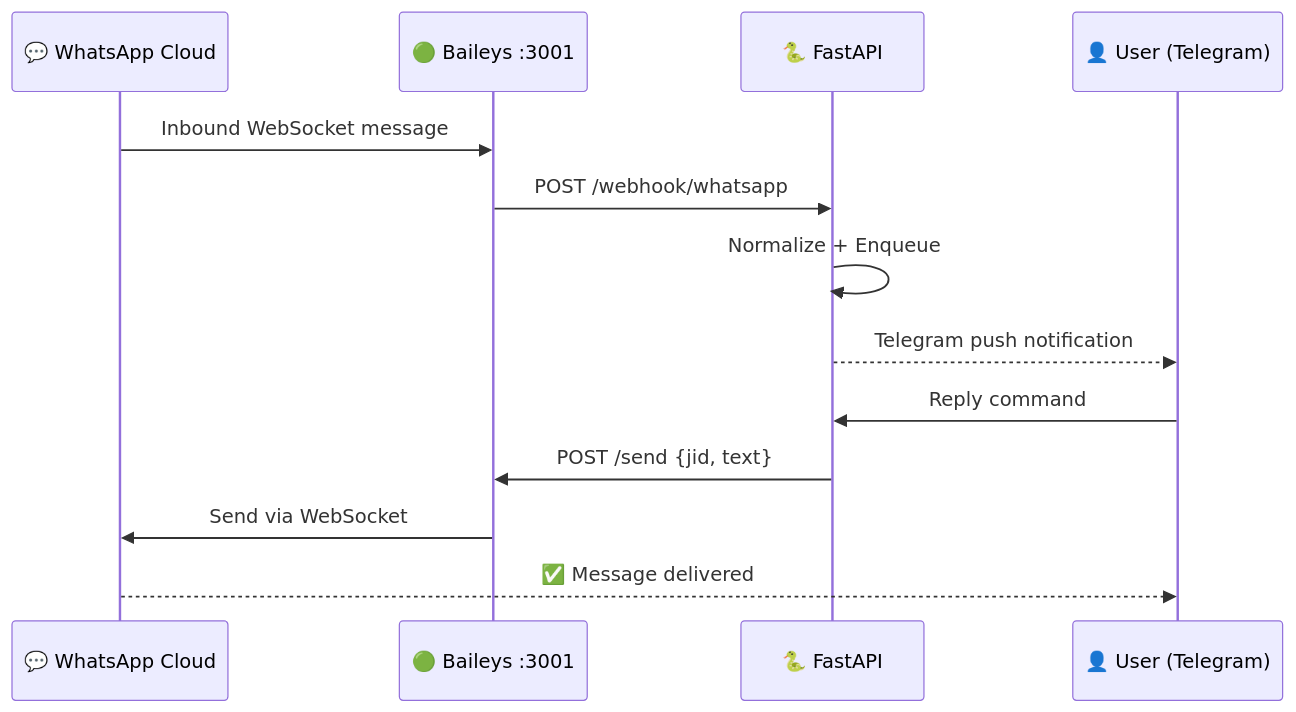
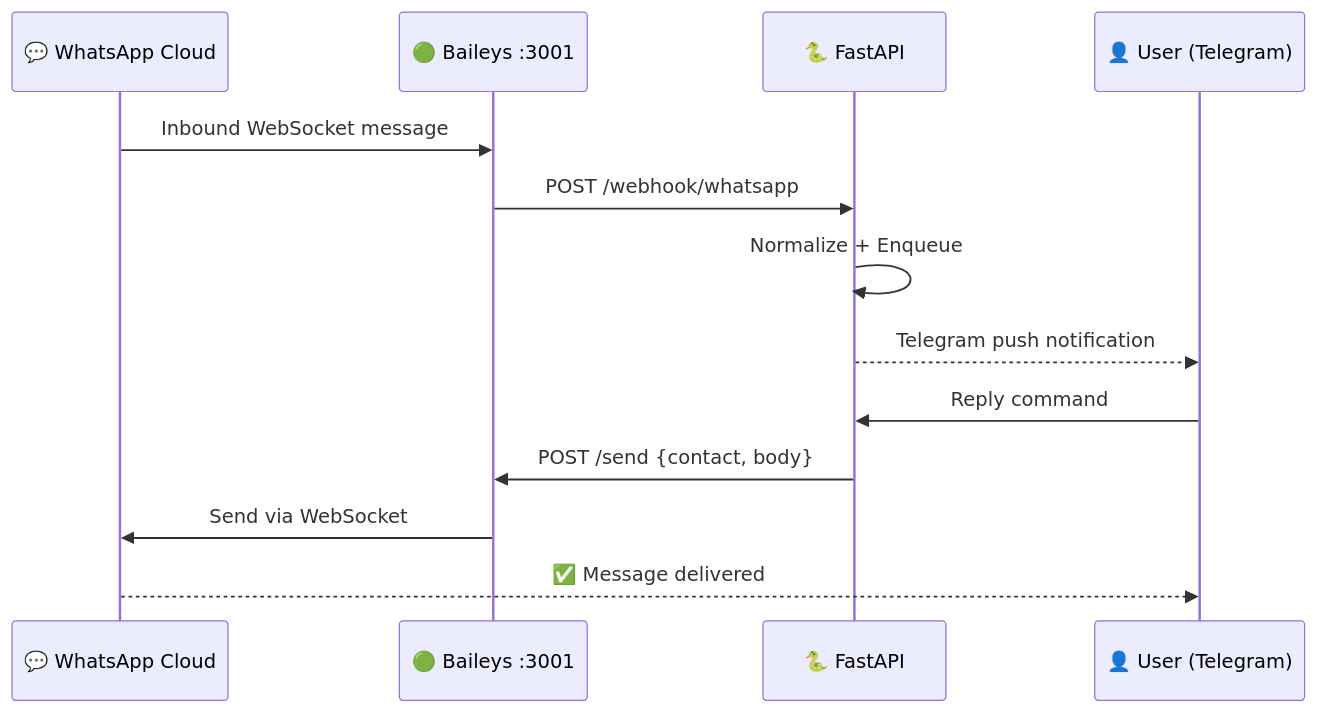
One commit to aanandmodi/ARIA changed the fifth of 22 diagrams in README.md. Above: the diagram before and after it, drawn with Mermaid. The commit also changed other lines of this file, not shown here.

Commit message:
docs: surgically integrated visual NLU, WhatsApp companion device JID heuristics, GitHub watcher pipelines, and production gotchas while fully retaining original files

````diff
--- a/README.md
+++ b/README.md
@@ -359,17 +321,17 @@
 ```mermaid
 sequenceDiagram
     participant WA as 💬 WhatsApp Cloud
     participant BA as 🟢 Baileys :3001
     participant FA as 🐍 FastAPI
     participant US as 👤 User (Telegram)
 
     WA->>BA: Inbound WebSocket message
     BA->>FA: POST /webhook/whatsapp
     FA->>FA: Normalize + Enqueue
     FA-->>US: Telegram push notification
 
     US->>FA: Reply command
-    FA->>BA: POST /send {jid, text}
+    FA->>BA: POST /send {contact, body}
     BA->>WA: Send via WebSocket
     WA-->>US: ✅ Message delivered
 ```
````
